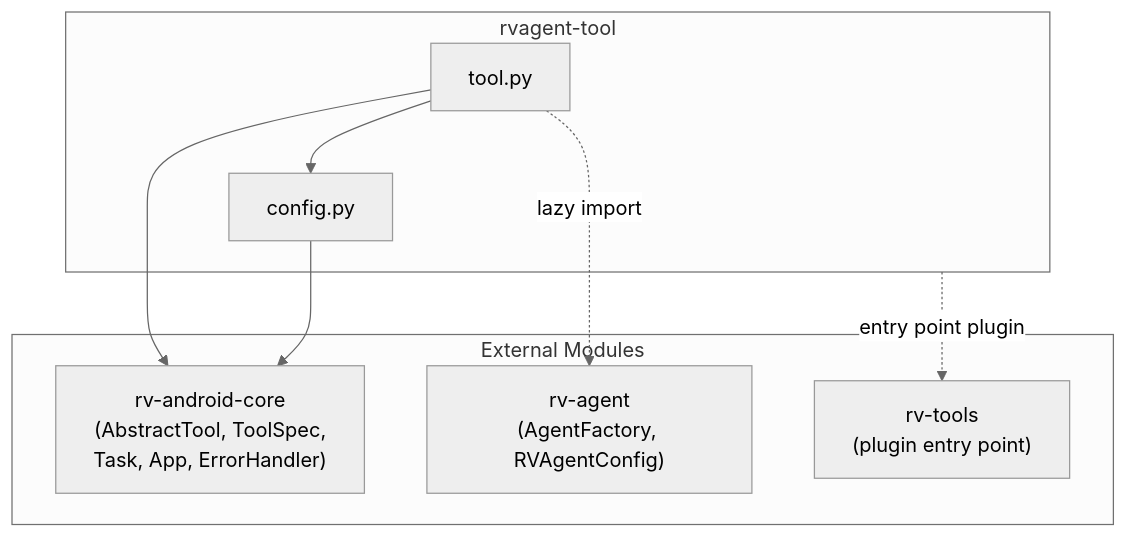
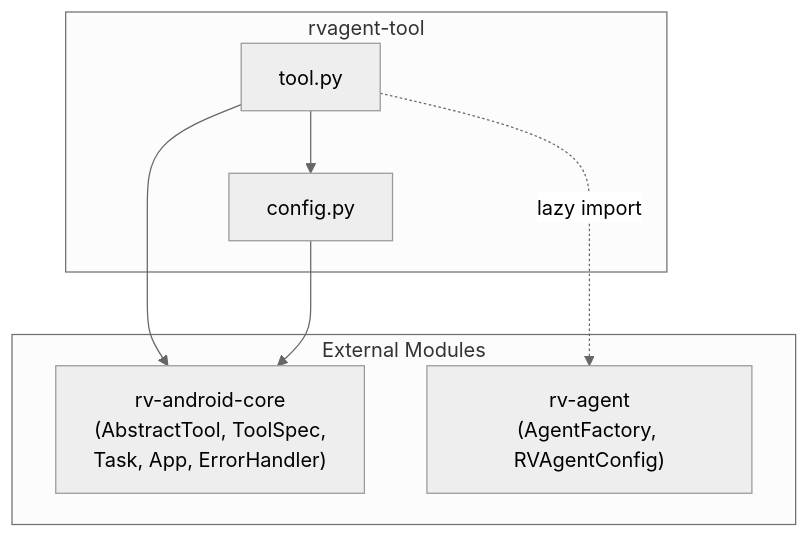
Before and after one commit to PAMunb/rvsec: the second of 5 diagrams in rv-android/modules/rvagent-tool/docs/architecture.md, drawn with Mermaid. The commit also changed other lines of this file and 45 other files, not shown here.

````diff
--- a/rv-android/modules/rvagent-tool/docs/architecture.md
+++ b/rv-android/modules/rvagent-tool/docs/architecture.md
@@ -174,20 +174,18 @@
 ```mermaid
 %%{init: {'theme': 'neutral'}}%%
 flowchart TB
     subgraph External["External Modules"]
         Core["rv-android-core\n(AbstractTool, ToolSpec,\nTask, App, ErrorHandler)"]
         Agent["rv-agent\n(AgentFactory, RVAgentConfig)"]
-        Tools["rv-tools\n(plugin entry point)"]
     end
 
     subgraph Module["rvagent-tool"]
         ToolPy["tool.py"]
         ConfigPy["config.py"]
     end
 
     ToolPy --> Core
     ToolPy --> ConfigPy
     ToolPy -.->|"lazy import"| Agent
     ConfigPy --> Core
-    Module -.->|"entry point plugin"| Tools
 ```
````
